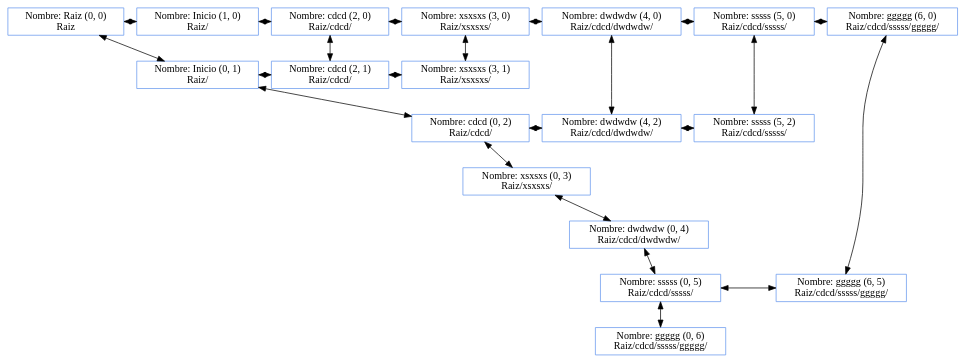
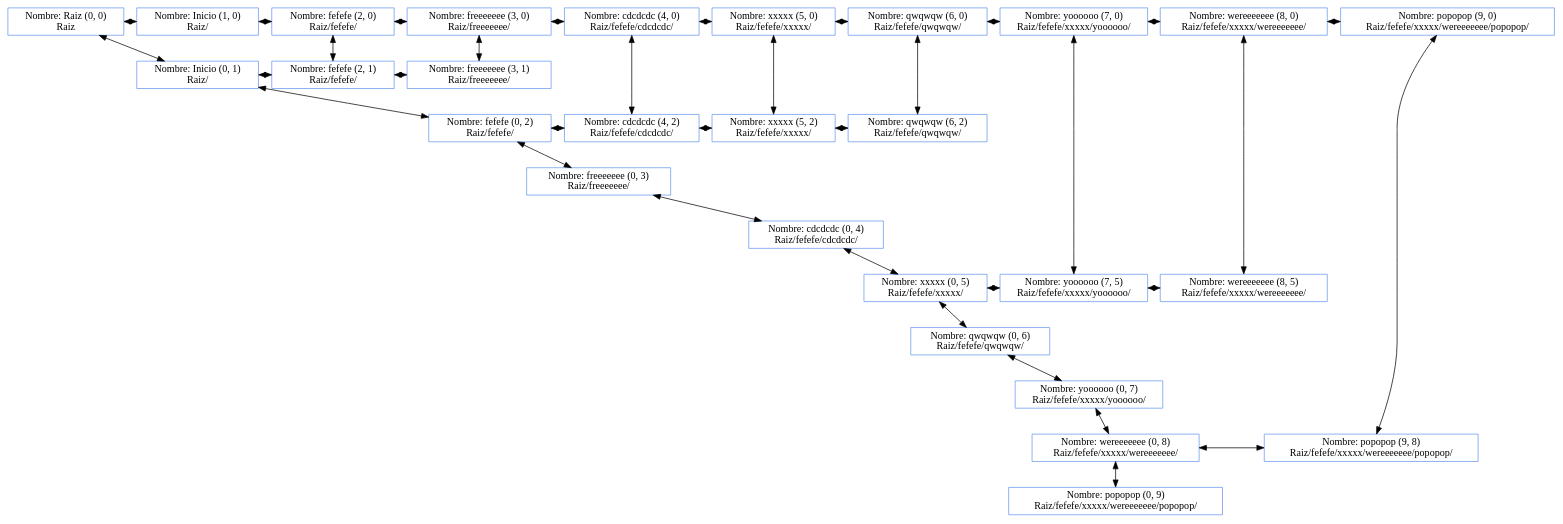
One commit to fraced97/EDD_2S2019_PY2_201700350 changed the diagram in Matriz.dot. Above: the diagram before and after it, drawn with Graphviz. The commit also changed 12 other files, not shown here.

```diff
--- a/Matriz.dot
+++ b/Matriz.dot
@@ -1,92 +1,140 @@
 digraph G {
 
 node [shape=box, color=cornflowerblue ];
 "Nombre: Raiz (0, 0) 
 Raiz"->"Nombre: Inicio (0, 1) 
 Raiz/"[dir=both];
 "Nombre: Inicio (0, 1) 
-Raiz/"->"Nombre: cdcd (0, 2) 
-Raiz/cdcd/"[dir=both];
-"Nombre: cdcd (0, 2) 
-Raiz/cdcd/"->"Nombre: xsxsxs (0, 3) 
-Raiz/xsxsxs/"[dir=both];
-"Nombre: xsxsxs (0, 3) 
-Raiz/xsxsxs/"->"Nombre: dwdwdw (0, 4) 
-Raiz/cdcd/dwdwdw/"[dir=both];
-"Nombre: dwdwdw (0, 4) 
-Raiz/cdcd/dwdwdw/"->"Nombre: sssss (0, 5) 
-Raiz/cdcd/sssss/"[dir=both];
-"Nombre: sssss (0, 5) 
-Raiz/cdcd/sssss/"->"Nombre: ggggg (0, 6) 
-Raiz/cdcd/sssss/ggggg/"[dir=both];
-"Nombre: cdcd (2, 0) 
-Raiz/cdcd/"->"Nombre: cdcd (2, 1) 
-Raiz/cdcd/"[dir=both];
-"Nombre: xsxsxs (3, 0) 
-Raiz/xsxsxs/"->"Nombre: xsxsxs (3, 1) 
-Raiz/xsxsxs/"[dir=both];
-"Nombre: dwdwdw (4, 0) 
-Raiz/cdcd/dwdwdw/"->"Nombre: dwdwdw (4, 2) 
-Raiz/cdcd/dwdwdw/"[dir=both];
-"Nombre: sssss (5, 0) 
-Raiz/cdcd/sssss/"->"Nombre: sssss (5, 2) 
-Raiz/cdcd/sssss/"[dir=both];
-"Nombre: ggggg (6, 0) 
-Raiz/cdcd/sssss/ggggg/"->"Nombre: ggggg (6, 5) 
-Raiz/cdcd/sssss/ggggg/"[dir=both];
+Raiz/"->"Nombre: fefefe (0, 2) 
+Raiz/fefefe/"[dir=both];
+"Nombre: fefefe (0, 2) 
+Raiz/fefefe/"->"Nombre: freeeeeee (0, 3) 
+Raiz/freeeeeee/"[dir=both];
+"Nombre: freeeeeee (0, 3) 
+Raiz/freeeeeee/"->"Nombre: cdcdcdc (0, 4) 
+Raiz/fefefe/cdcdcdc/"[dir=both];
+"Nombre: cdcdcdc (0, 4) 
+Raiz/fefefe/cdcdcdc/"->"Nombre: xxxxx (0, 5) 
+Raiz/fefefe/xxxxx/"[dir=both];
+"Nombre: xxxxx (0, 5) 
+Raiz/fefefe/xxxxx/"->"Nombre: qwqwqw (0, 6) 
+Raiz/fefefe/qwqwqw/"[dir=both];
+"Nombre: qwqwqw (0, 6) 
+Raiz/fefefe/qwqwqw/"->"Nombre: yoooooo (0, 7) 
+Raiz/fefefe/xxxxx/yoooooo/"[dir=both];
+"Nombre: yoooooo (0, 7) 
+Raiz/fefefe/xxxxx/yoooooo/"->"Nombre: wereeeeeee (0, 8) 
+Raiz/fefefe/xxxxx/wereeeeeee/"[dir=both];
+"Nombre: wereeeeeee (0, 8) 
+Raiz/fefefe/xxxxx/wereeeeeee/"->"Nombre: popopop (0, 9) 
+Raiz/fefefe/xxxxx/wereeeeeee/popopop/"[dir=both];
+"Nombre: fefefe (2, 0) 
+Raiz/fefefe/"->"Nombre: fefefe (2, 1) 
+Raiz/fefefe/"[dir=both];
+"Nombre: freeeeeee (3, 0) 
+Raiz/freeeeeee/"->"Nombre: freeeeeee (3, 1) 
+Raiz/freeeeeee/"[dir=both];
+"Nombre: cdcdcdc (4, 0) 
+Raiz/fefefe/cdcdcdc/"->"Nombre: cdcdcdc (4, 2) 
+Raiz/fefefe/cdcdcdc/"[dir=both];
+"Nombre: xxxxx (5, 0) 
+Raiz/fefefe/xxxxx/"->"Nombre: xxxxx (5, 2) 
+Raiz/fefefe/xxxxx/"[dir=both];
+"Nombre: qwqwqw (6, 0) 
+Raiz/fefefe/qwqwqw/"->"Nombre: qwqwqw (6, 2) 
+Raiz/fefefe/qwqwqw/"[dir=both];
+"Nombre: yoooooo (7, 0) 
+Raiz/fefefe/xxxxx/yoooooo/"->"Nombre: yoooooo (7, 5) 
+Raiz/fefefe/xxxxx/yoooooo/"[dir=both];
+"Nombre: wereeeeeee (8, 0) 
+Raiz/fefefe/xxxxx/wereeeeeee/"->"Nombre: wereeeeeee (8, 5) 
+Raiz/fefefe/xxxxx/wereeeeeee/"[dir=both];
+"Nombre: popopop (9, 0) 
+Raiz/fefefe/xxxxx/wereeeeeee/popopop/"->"Nombre: popopop (9, 8) 
+Raiz/fefefe/xxxxx/wereeeeeee/popopop/"[dir=both];
 rank=same{
 "Nombre: Raiz (0, 0) 
 Raiz"->"Nombre: Inicio (1, 0) 
 Raiz/"[dir=both];
 }
 rank=same{
 "Nombre: Inicio (1, 0) 
-Raiz/"->"Nombre: cdcd (2, 0) 
-Raiz/cdcd/"[dir=both];
+Raiz/"->"Nombre: fefefe (2, 0) 
+Raiz/fefefe/"[dir=both];
 }
 rank=same{
-"Nombre: cdcd (2, 0) 
-Raiz/cdcd/"->"Nombre: xsxsxs (3, 0) 
-Raiz/xsxsxs/"[dir=both];
+"Nombre: fefefe (2, 0) 
+Raiz/fefefe/"->"Nombre: freeeeeee (3, 0) 
+Raiz/freeeeeee/"[dir=both];
 }
 rank=same{
-"Nombre: xsxsxs (3, 0) 
-Raiz/xsxsxs/"->"Nombre: dwdwdw (4, 0) 
-Raiz/cdcd/dwdwdw/"[dir=both];
+"Nombre: freeeeeee (3, 0) 
+Raiz/freeeeeee/"->"Nombre: cdcdcdc (4, 0) 
+Raiz/fefefe/cdcdcdc/"[dir=both];
 }
 rank=same{
-"Nombre: dwdwdw (4, 0) 
-Raiz/cdcd/dwdwdw/"->"Nombre: sssss (5, 0) 
-Raiz/cdcd/sssss/"[dir=both];
+"Nombre: cdcdcdc (4, 0) 
+Raiz/fefefe/cdcdcdc/"->"Nombre: xxxxx (5, 0) 
+Raiz/fefefe/xxxxx/"[dir=both];
 }
 rank=same{
-"Nombre: sssss (5, 0) 
-Raiz/cdcd/sssss/"->"Nombre: ggggg (6, 0) 
-Raiz/cdcd/sssss/ggggg/"[dir=both];
+"Nombre: xxxxx (5, 0) 
+Raiz/fefefe/xxxxx/"->"Nombre: qwqwqw (6, 0) 
+Raiz/fefefe/qwqwqw/"[dir=both];
+}
+rank=same{
+"Nombre: qwqwqw (6, 0) 
+Raiz/fefefe/qwqwqw/"->"Nombre: yoooooo (7, 0) 
+Raiz/fefefe/xxxxx/yoooooo/"[dir=both];
+}
+rank=same{
+"Nombre: yoooooo (7, 0) 
+Raiz/fefefe/xxxxx/yoooooo/"->"Nombre: wereeeeeee (8, 0) 
+Raiz/fefefe/xxxxx/wereeeeeee/"[dir=both];
+}
+rank=same{
+"Nombre: wereeeeeee (8, 0) 
+Raiz/fefefe/xxxxx/wereeeeeee/"->"Nombre: popopop (9, 0) 
+Raiz/fefefe/xxxxx/wereeeeeee/popopop/"[dir=both];
 }
 rank=same{
 "Nombre: Inicio (0, 1) 
-Raiz/"->"Nombre: cdcd (2, 1) 
-Raiz/cdcd/"[dir=both];
+Raiz/"->"Nombre: fefefe (2, 1) 
+Raiz/fefefe/"[dir=both];
 }
 rank=same{
-"Nombre: cdcd (2, 1) 
-Raiz/cdcd/"->"Nombre: xsxsxs (3, 1) 
-Raiz/xsxsxs/"[dir=both];
+"Nombre: fefefe (2, 1) 
+Raiz/fefefe/"->"Nombre: freeeeeee (3, 1) 
+Raiz/freeeeeee/"[dir=both];
 }
 rank=same{
-"Nombre: cdcd (0, 2) 
-Raiz/cdcd/"->"Nombre: dwdwdw (4, 2) 
-Raiz/cdcd/dwdwdw/"[dir=both];
+"Nombre: fefefe (0, 2) 
+Raiz/fefefe/"->"Nombre: cdcdcdc (4, 2) 
+Raiz/fefefe/cdcdcdc/"[dir=both];
 }
 rank=same{
-"Nombre: dwdwdw (4, 2) 
-Raiz/cdcd/dwdwdw/"->"Nombre: sssss (5, 2) 
-Raiz/cdcd/sssss/"[dir=both];
+"Nombre: cdcdcdc (4, 2) 
+Raiz/fefefe/cdcdcdc/"->"Nombre: xxxxx (5, 2) 
+Raiz/fefefe/xxxxx/"[dir=both];
 }
 rank=same{
-"Nombre: sssss (0, 5) 
-Raiz/cdcd/sssss/"->"Nombre: ggggg (6, 5) 
-Raiz/cdcd/sssss/ggggg/"[dir=both];
+"Nombre: xxxxx (5, 2) 
+Raiz/fefefe/xxxxx/"->"Nombre: qwqwqw (6, 2) 
+Raiz/fefefe/qwqwqw/"[dir=both];
+}
+rank=same{
+"Nombre: xxxxx (0, 5) 
+Raiz/fefefe/xxxxx/"->"Nombre: yoooooo (7, 5) 
+Raiz/fefefe/xxxxx/yoooooo/"[dir=both];
+}
+rank=same{
+"Nombre: yoooooo (7, 5) 
+Raiz/fefefe/xxxxx/yoooooo/"->"Nombre: wereeeeeee (8, 5) 
+Raiz/fefefe/xxxxx/wereeeeeee/"[dir=both];
+}
+rank=same{
+"Nombre: wereeeeeee (0, 8) 
+Raiz/fefefe/xxxxx/wereeeeeee/"->"Nombre: popopop (9, 8) 
+Raiz/fefefe/xxxxx/wereeeeeee/popopop/"[dir=both];
 }
 }
```
